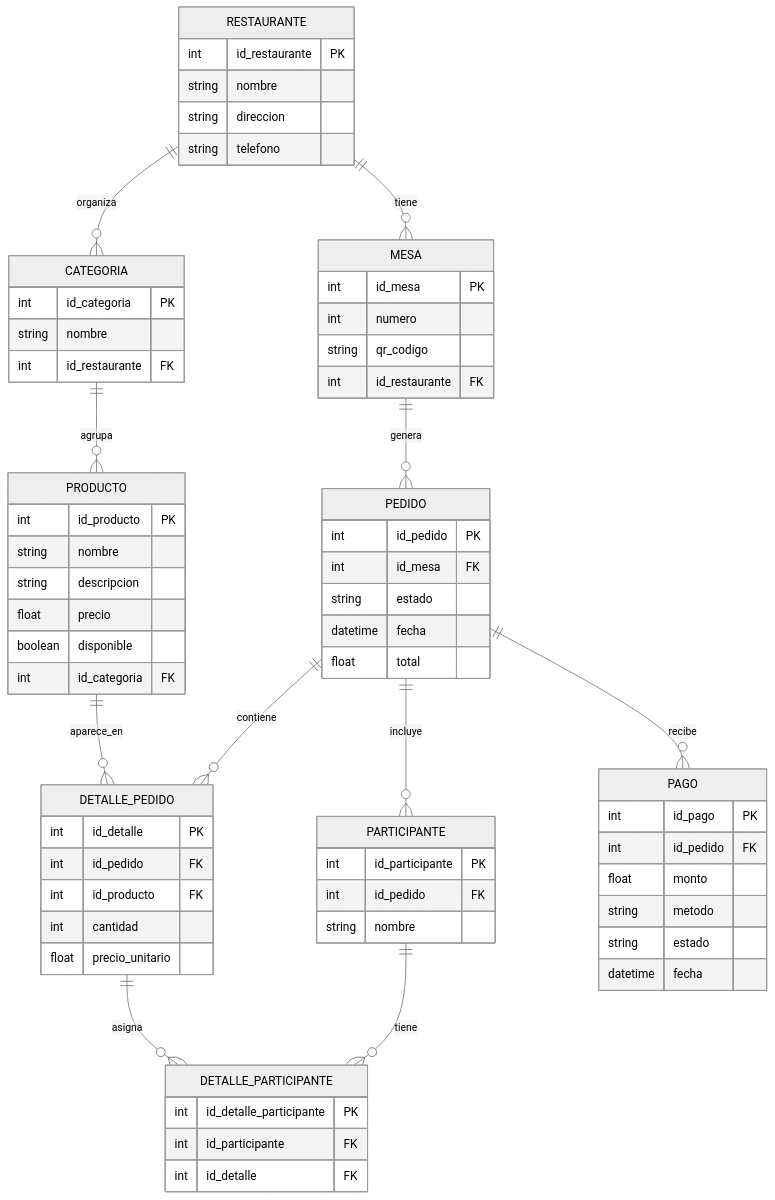
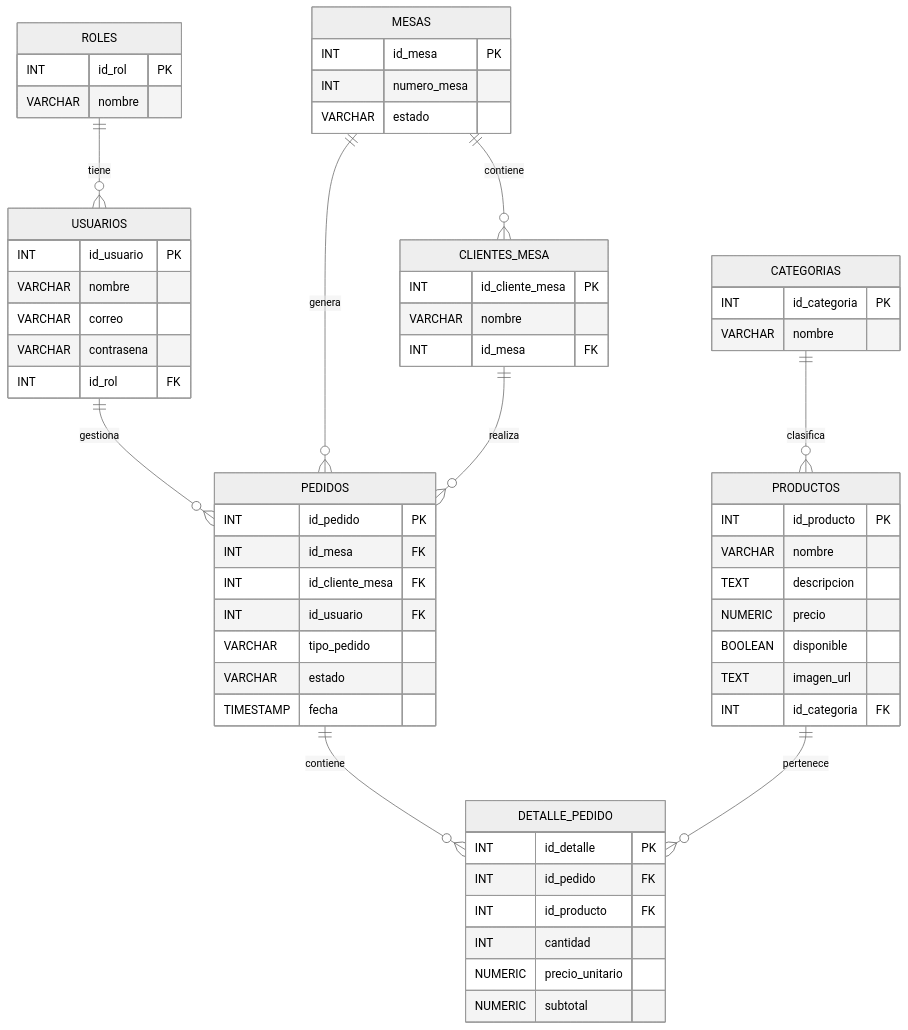
The diagram in README.md (DilanSanchez2004/Proyecto-desarrollo-de-software), drawn with Mermaid (neutral theme) before and after one commit. The commit also changed 48 other files, not shown here.

````diff
--- a/README.md
+++ b/README.md
@@ -8,85 +8,78 @@
 ```mermaid
 erDiagram
 
-    RESTAURANTE {
-        int id_restaurante PK
-        string nombre
-        string direccion
-        string telefono
+    ROLES {
+        INT id_rol PK
+        VARCHAR nombre
     }
 
-    MESA {
-        int id_mesa PK
-        int numero
-        string qr_codigo
-        int id_restaurante FK
+    USUARIOS {
+        INT id_usuario PK
+        VARCHAR nombre
+        VARCHAR correo
+        VARCHAR contrasena
+        INT id_rol FK
     }
 
-    PEDIDO {
-        int id_pedido PK
-        int id_mesa FK
-        string estado
-        datetime fecha
-        float total
+    MESAS {
+        INT id_mesa PK
+        INT numero_mesa
+        VARCHAR estado
+    }
+
+    CLIENTES_MESA {
+        INT id_cliente_mesa PK
+        VARCHAR nombre
+        INT id_mesa FK
+    }
+
+    CATEGORIAS {
+        INT id_categoria PK
+        VARCHAR nombre
+    }
+
+    PRODUCTOS {
+        INT id_producto PK
+        VARCHAR nombre
+        TEXT descripcion
+        NUMERIC precio
+        BOOLEAN disponible
+        TEXT imagen_url
+        INT id_categoria FK
+    }
+
+    PEDIDOS {
+        INT id_pedido PK
+        INT id_mesa FK
+        INT id_cliente_mesa FK
+        INT id_usuario FK
+        VARCHAR tipo_pedido
+        VARCHAR estado
+        TIMESTAMP fecha
     }
 
     DETALLE_PEDIDO {
-        int id_detalle PK
-        int id_pedido FK
-        int id_producto FK
-        int cantidad
-        float precio_unitario
+        INT id_detalle PK
+        INT id_pedido FK
+        INT id_producto FK
+        INT cantidad
+        NUMERIC precio_unitario
+        NUMERIC subtotal
     }
 
-    PRODUCTO {
-        int id_producto PK
-        string nombre
-        string descripcion
-        float precio
-        boolean disponible
-        int id_categoria FK
-    }
+    ROLES ||--o{ USUARIOS : tiene
 
-    CATEGORIA {
-        int id_categoria PK
-        string nombre
-        int id_restaurante FK
-    }
+    USUARIOS ||--o{ PEDIDOS : gestiona
 
-    PARTICIPANTE {
-        int id_participante PK
-        int id_pedido FK
-        string nombre
-    }
+    MESAS ||--o{ CLIENTES_MESA : contiene
 
-    DETALLE_PARTICIPANTE {
-        int id_detalle_participante PK
-        int id_participante FK
-        int id_detalle FK
-    }
+    MESAS ||--o{ PEDIDOS : genera
 
-    PAGO {
-        int id_pago PK
-        int id_pedido FK
-        float monto
-        string metodo
-        string estado
-        datetime fecha
-    }
+    CLIENTES_MESA ||--o{ PEDIDOS : realiza
 
-    RESTAURANTE ||--o{ MESA : tiene
-    RESTAURANTE ||--o{ CATEGORIA : organiza
+    CATEGORIAS ||--o{ PRODUCTOS : clasifica
 
-    MESA ||--o{ PEDIDO : genera
+    PEDIDOS ||--o{ DETALLE_PEDIDO : contiene
 
-    PEDIDO ||--o{ DETALLE_PEDIDO : contiene
-    PEDIDO ||--o{ PARTICIPANTE : incluye
-    PEDIDO ||--o{ PAGO : recibe
-
-    CATEGORIA ||--o{ PRODUCTO : agrupa
-
-    PRODUCTO ||--o{ DETALLE_PEDIDO : aparece_en
-
-    PARTICIPANTE ||--o{ DETALLE_PARTICIPANTE : tiene
-    DETALLE_PEDIDO ||--o{ DETALLE_PARTICIPANTE : asigna
+    PRODUCTOS ||--o{ DETALLE_PEDIDO : pertenece
 ```
````
